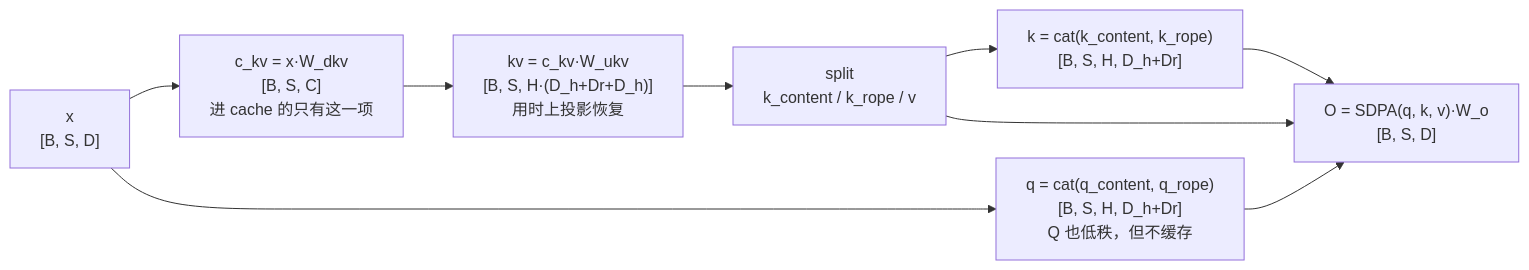
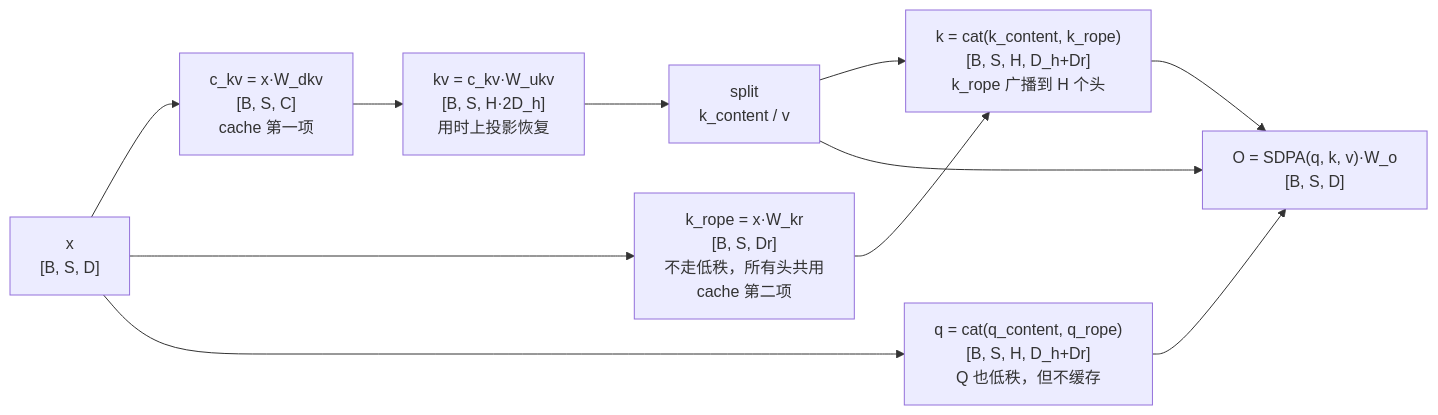
Before and after one commit to zeng-yirong/awesome-llm-interview-code: the diagram in docs/01-attention/mla.md, drawn with Mermaid. The commit also changed other lines of this file and 1 other file, not shown here.

First line of the commit message:
fix(mla): k_rope 被塞进低秩路径，cache 也因此算成了 C 而不是 C + Dr

````diff
--- a/docs/01-attention/mla.md
+++ b/docs/01-attention/mla.md
@@ -47,11 +53,13 @@
 ```mermaid
 flowchart LR
-  x["x<br/>[B, S, D]"] --> ckv["c_kv = x·W_dkv<br/>[B, S, C]<br/>进 cache 的只有这一项"]
-  ckv --> kv["kv = c_kv·W_ukv<br/>[B, S, H·(D_h+Dr+D_h)]<br/>用时上投影恢复"]
-  kv --> sp["split<br/>k_content / k_rope / v"]
+  x["x<br/>[B, S, D]"] --> ckv["c_kv = x·W_dkv<br/>[B, S, C]<br/>cache 第一项"]
+  x --> kr["k_rope = x·W_kr<br/>[B, S, Dr]<br/>不走低秩，所有头共用<br/>cache 第二项"]
+  ckv --> kv["kv = c_kv·W_ukv<br/>[B, S, H·2D_h]<br/>用时上投影恢复"]
+  kv --> sp["split<br/>k_content / v"]
   x --> qc["q = cat(q_content, q_rope)<br/>[B, S, H, D_h+Dr]<br/>Q 也低秩，但不缓存"]
-  sp --> ck["k = cat(k_content, k_rope)<br/>[B, S, H, D_h+Dr]"]
+  sp --> ck["k = cat(k_content, k_rope)<br/>[B, S, H, D_h+Dr]<br/>k_rope 广播到 H 个头"]
+  kr --> ck
   ck --> o["O = SDPA(q, k, v)·W_o<br/>[B, S, D]"]
   qc --> o
   sp --> o
 ```
````
